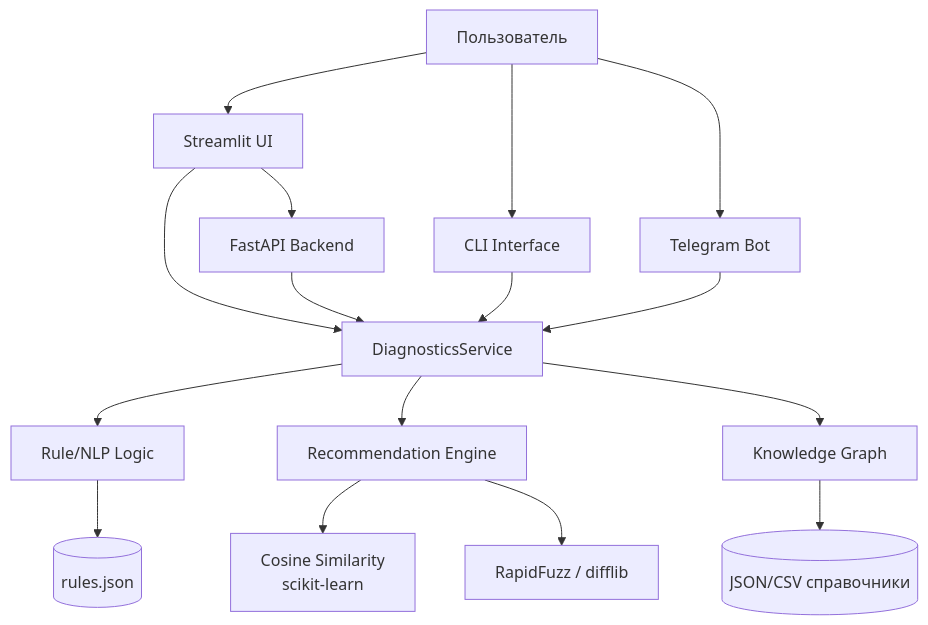
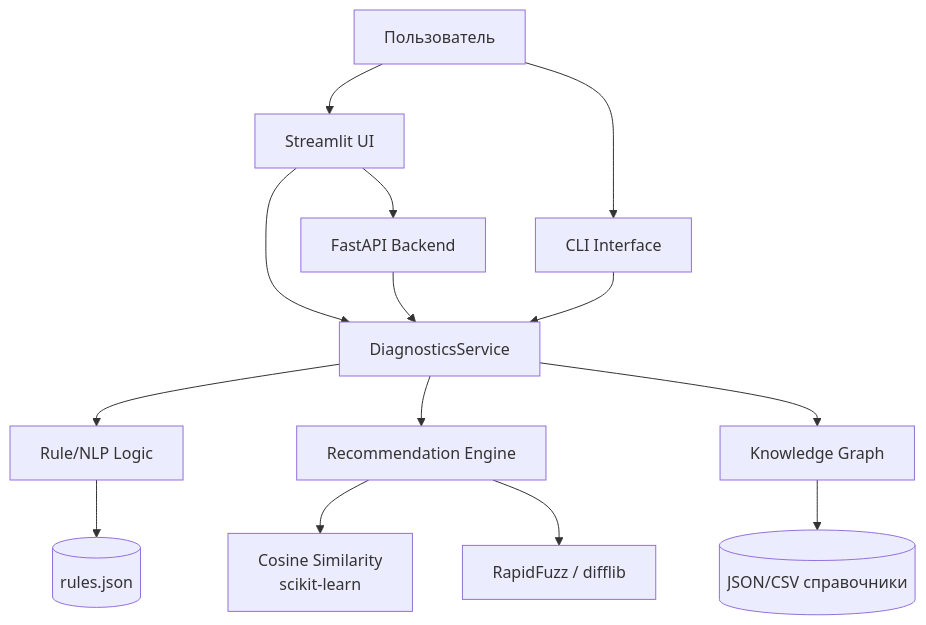
Before and after one commit to KambI4/KambI4-PRIS-2026-DutbayevKamil-ZakiryanovaKamila-MedDiagnost: the diagram in docs/uml.md, drawn with Mermaid. The commit also changed 13 other files, not shown here.

````diff
--- a/docs/uml.md
+++ b/docs/uml.md
@@ -3,21 +3,19 @@
 ```mermaid
 graph TD
     User[Пользователь] --> UI[Streamlit UI]
     UI --> Service[DiagnosticsService]
     UI --> API[FastAPI Backend]
     API --> Service
 
     Service --> Logic[Rule/NLP Logic]
     Service --> Reco[Recommendation Engine]
     Service --> KG[Knowledge Graph]
 
     Logic --> Rules[(rules.json)]
     KG --> RefData[(JSON/CSV справочники)]
     Reco --> Vec[Cosine Similarity\nscikit-learn]
     Reco --> Fuzzy[RapidFuzz / difflib]
 
     User --> CLI[CLI Interface]
-    User --> TG[Telegram Bot]
     CLI --> Service
-    TG --> Service
 ```
````
